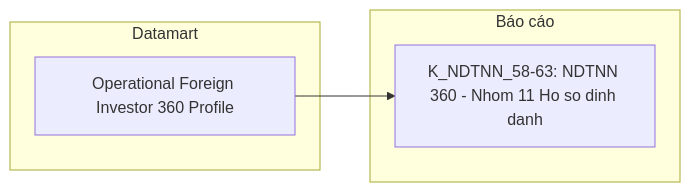
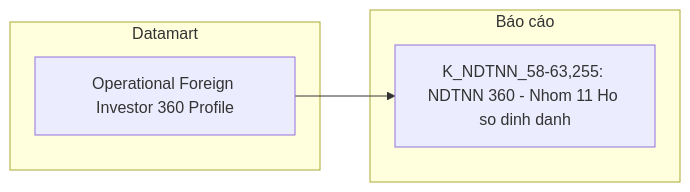
Before and after one commit to linhlvit/ubck_atomic_design: diagram 21 of 30 in Datamart/hld/DTM_NDTNN_HLD.md, drawn with Mermaid. The commit also changed other lines of this file and 11 other files, not shown here.

````diff
--- a/Datamart/hld/DTM_NDTNN_HLD.md
+++ b/Datamart/hld/DTM_NDTNN_HLD.md
@@ -994,10 +997,10 @@
 ```mermaid
 flowchart LR
     subgraph Datamart["Datamart"]
         G1["Operational Foreign Investor 360 Profile"]
     end
     subgraph RPT["Báo cáo"]
-        R1["K_NDTNN_58-63: NDTNN 360 - Nhom 11 Ho so dinh danh"]
+        R1["K_NDTNN_58-63,255: NDTNN 360 - Nhom 11 Ho so dinh danh"]
     end
     G1 --> R1
 ```
````
